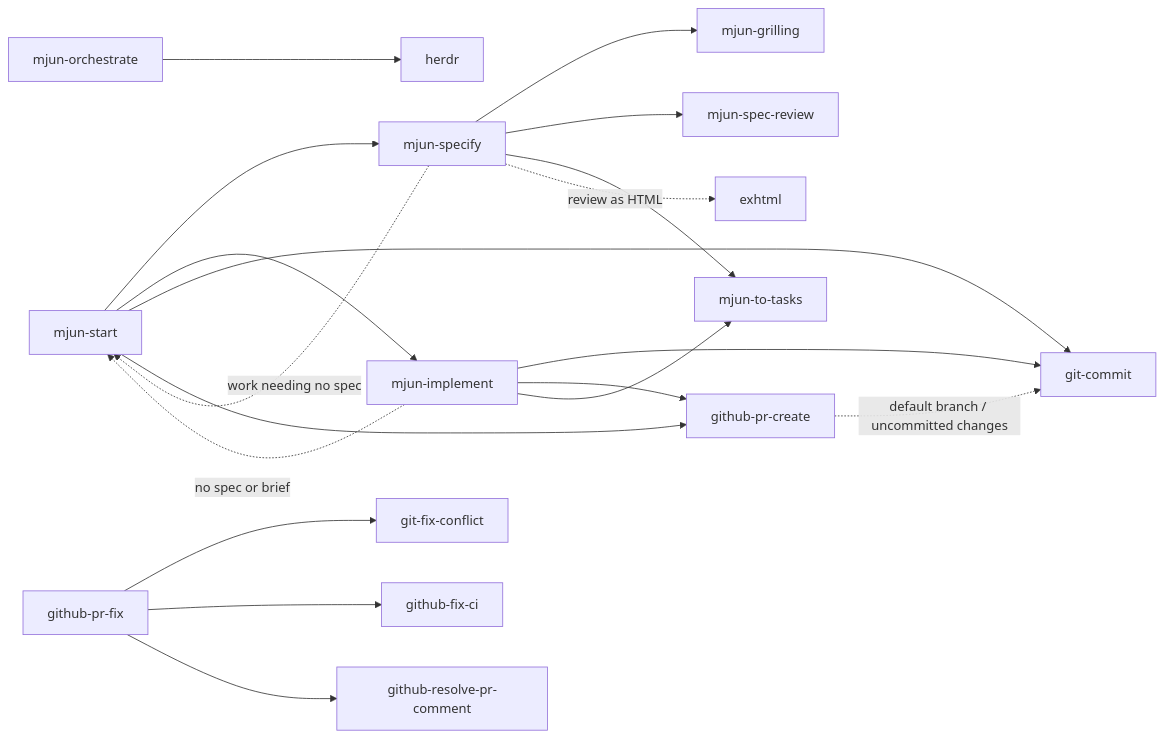
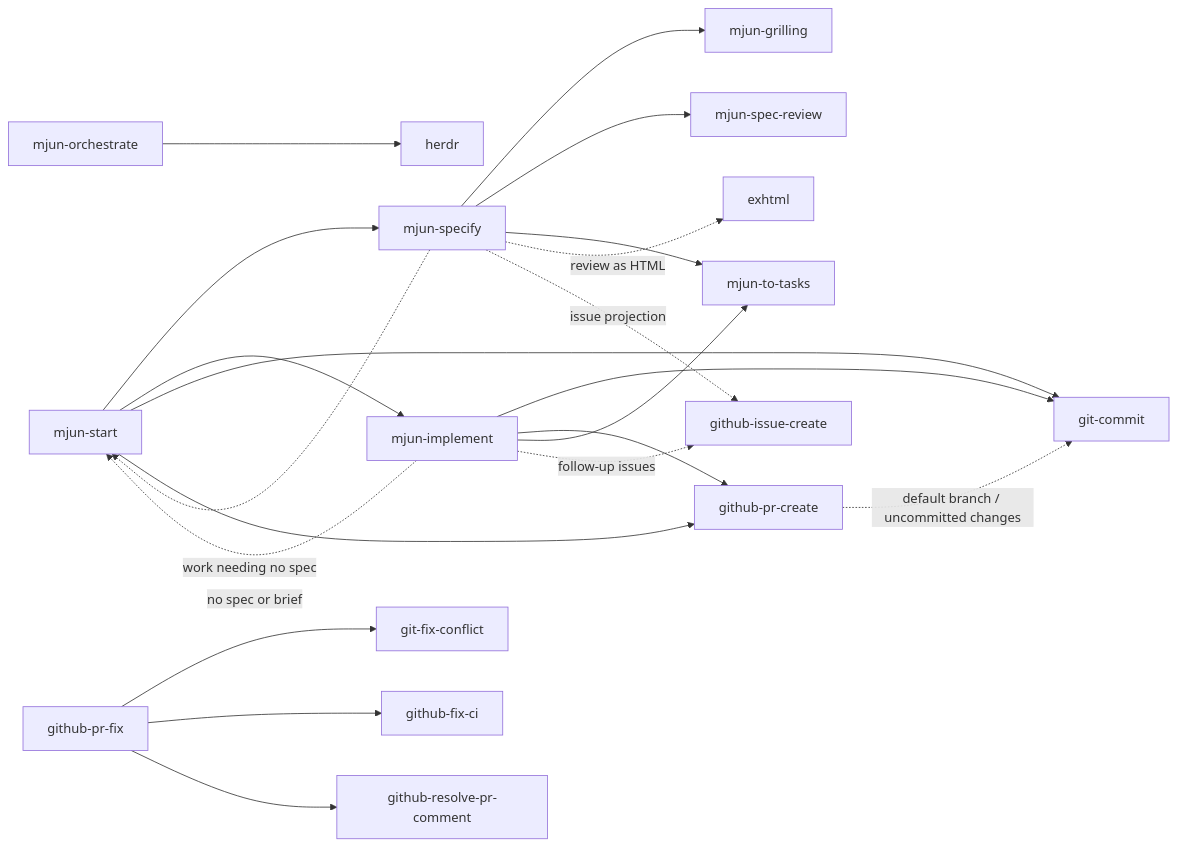
One commit to mjun0812/dotfiles changed the diagram in doc/skills.md. Above: the diagram before and after it, drawn with Mermaid. The commit also changed other lines of this file and 11 other files, not shown here.

````diff
--- a/doc/skills.md
+++ b/doc/skills.md
@@ -136,26 +136,28 @@
 ```mermaid
 graph LR
     github-pr-create -. default branch / uncommitted changes .-> git-commit
 
     mjun-start --> mjun-specify
     mjun-start --> mjun-implement
     mjun-start --> git-commit
     mjun-start --> github-pr-create
 
     mjun-specify -. work needing no spec .-> mjun-start
     mjun-specify --> mjun-grilling
     mjun-specify --> mjun-spec-review
     mjun-specify --> mjun-to-tasks
     mjun-specify -. review as HTML .-> exhtml
+    mjun-specify -. issue projection .-> github-issue-create
 
     mjun-implement --> git-commit
     mjun-implement --> github-pr-create
     mjun-implement --> mjun-to-tasks
+    mjun-implement -. follow-up issues .-> github-issue-create
     mjun-implement -. no spec or brief .-> mjun-start
 
     mjun-orchestrate --> herdr
 
     github-pr-fix --> git-fix-conflict
     github-pr-fix --> github-fix-ci
     github-pr-fix --> github-resolve-pr-comment
 ```
````
